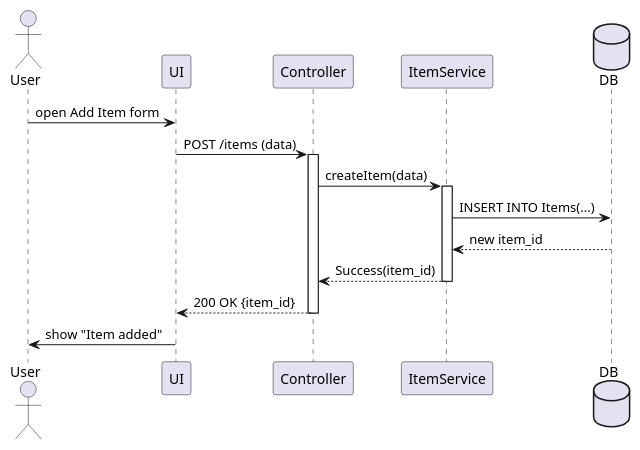
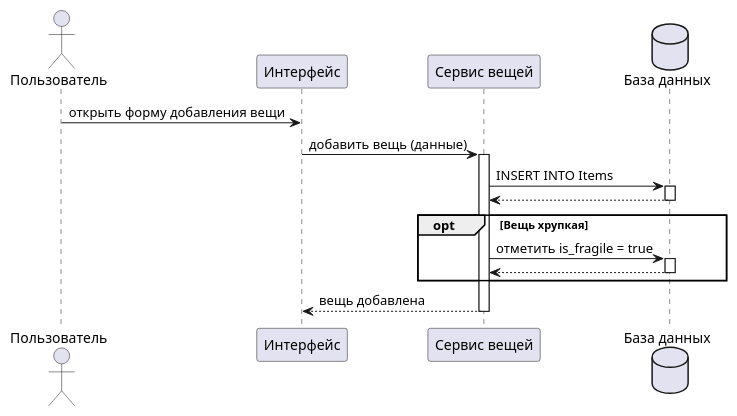
One commit to darkssss-web/moving-planner changed the diagram in docs/behavior/sequence/add_item_sequence.puml. Above: the diagram before and after it, drawn with PlantUML.

```diff
--- a/docs/behavior/sequence/add_item_sequence.puml
+++ b/docs/behavior/sequence/add_item_sequence.puml
@@ -1,27 +1,27 @@
-@startuml AddItemSequence
+@startuml Добавление_Вещи
 
-actor User
-participant UI
-participant Controller
-participant ItemService
-database DB
+actor "Пользователь" as User
+participant "Интерфейс" as UI
+participant "Сервис вещей" as ItemService
+database "База данных" as DB
 
-User -> UI : open Add Item form
-UI -> Controller : POST /items (data)
-activate Controller
-
-Controller -> ItemService : createItem(data)
+User -> UI : открыть форму добавления вещи
+UI -> ItemService : добавить вещь (данные)
 activate ItemService
 
-ItemService -> DB : INSERT INTO Items(...)
-DB --> ItemService : new item_id
+ItemService -> DB : INSERT INTO Items
+activate DB
+DB --> ItemService
+deactivate DB
 
-ItemService --> Controller : Success(item_id)
+opt Вещь хрупкая
+  ItemService -> DB : отметить is_fragile = true
+  activate DB
+  DB --> ItemService
+  deactivate DB
+end
+
+ItemService --> UI : вещь добавлена
 deactivate ItemService
 
-Controller --> UI : 200 OK {item_id}
-deactivate Controller
-
-UI -> User : show "Item added"
-
 @enduml
```
